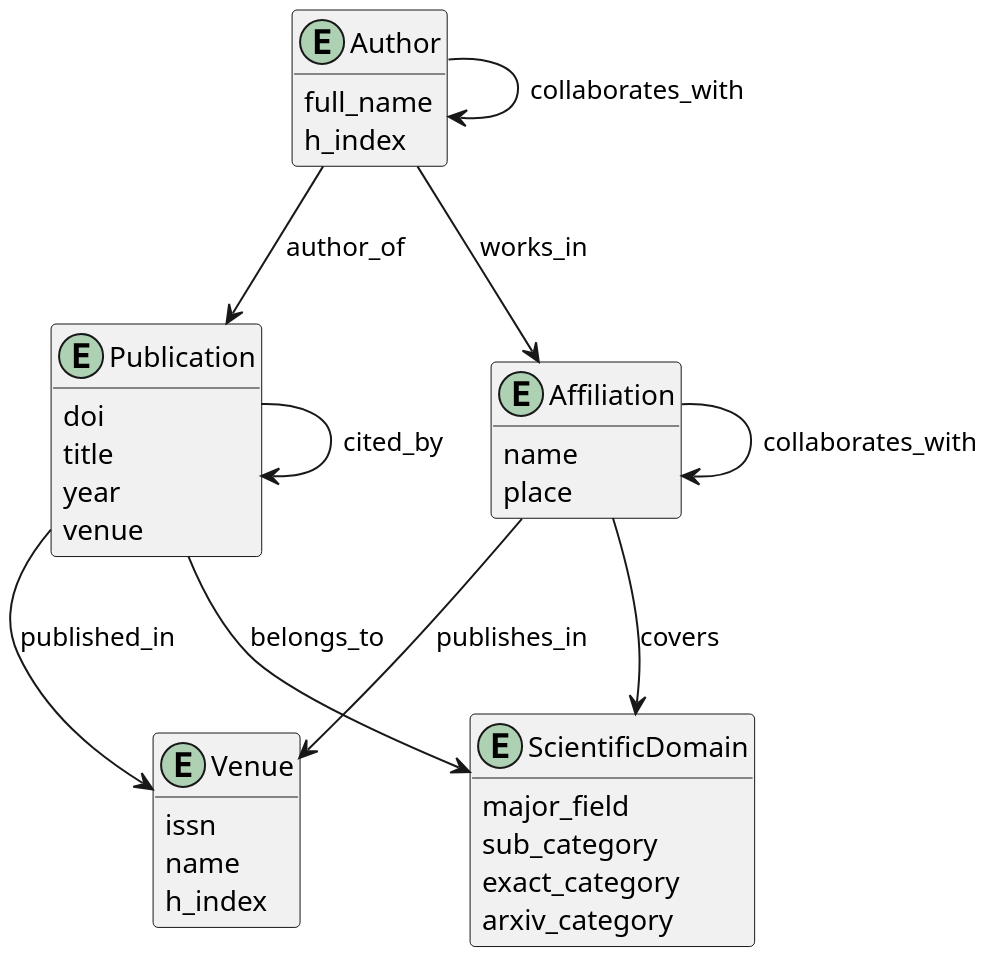
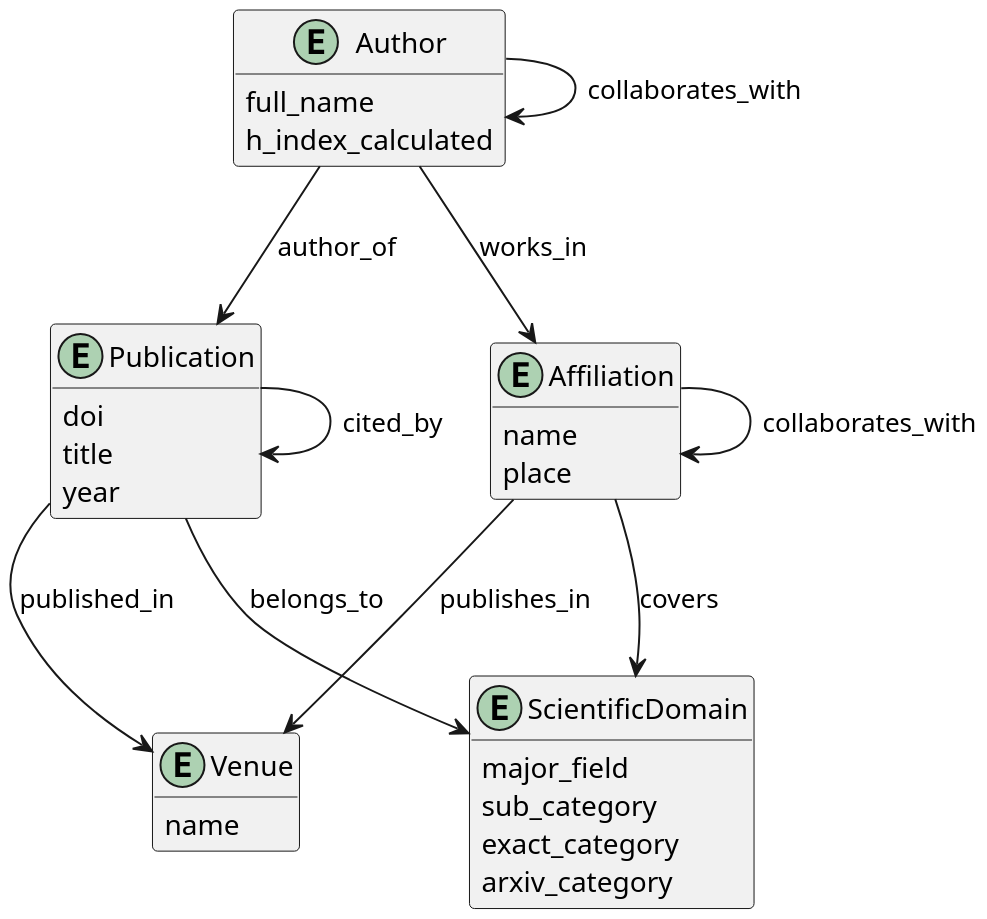
Before and after one commit to idarahu/DE-project: the diagram in graph_diagram/graph3.plantuml, drawn with PlantUML. The commit also changed 3 other files, not shown here.

```diff
--- a/graph_diagram/graph3.plantuml
+++ b/graph_diagram/graph3.plantuml
@@ -1,46 +1,43 @@
 @startuml GraphFinal
 
 scale 2
 hide methods
 
 entity Publication {
     doi
     title
     year
-    venue
 }
 
 entity Author {
     full_name
-    h_index
+    h_index_calculated
 }
 
 entity Affiliation {
     name
     place
 }
 
 entity Venue {
-    issn
     name
-    h_index
 }
 
 entity ScientificDomain {
     major_field
     sub_category
     exact_category
     arxiv_category
 }
 
 Author --> Publication : author_of
 Author -> Author : collaborates_with
 Author --> Affiliation : works_in
 Publication --> Venue : published_in
 Publication --> ScientificDomain : belongs_to
 Affiliation --> ScientificDomain : covers
 Publication --> Publication : cited_by
 Affiliation --> Venue : publishes_in
 Affiliation --> Affiliation : collaborates_with
 
 @enduml
```
